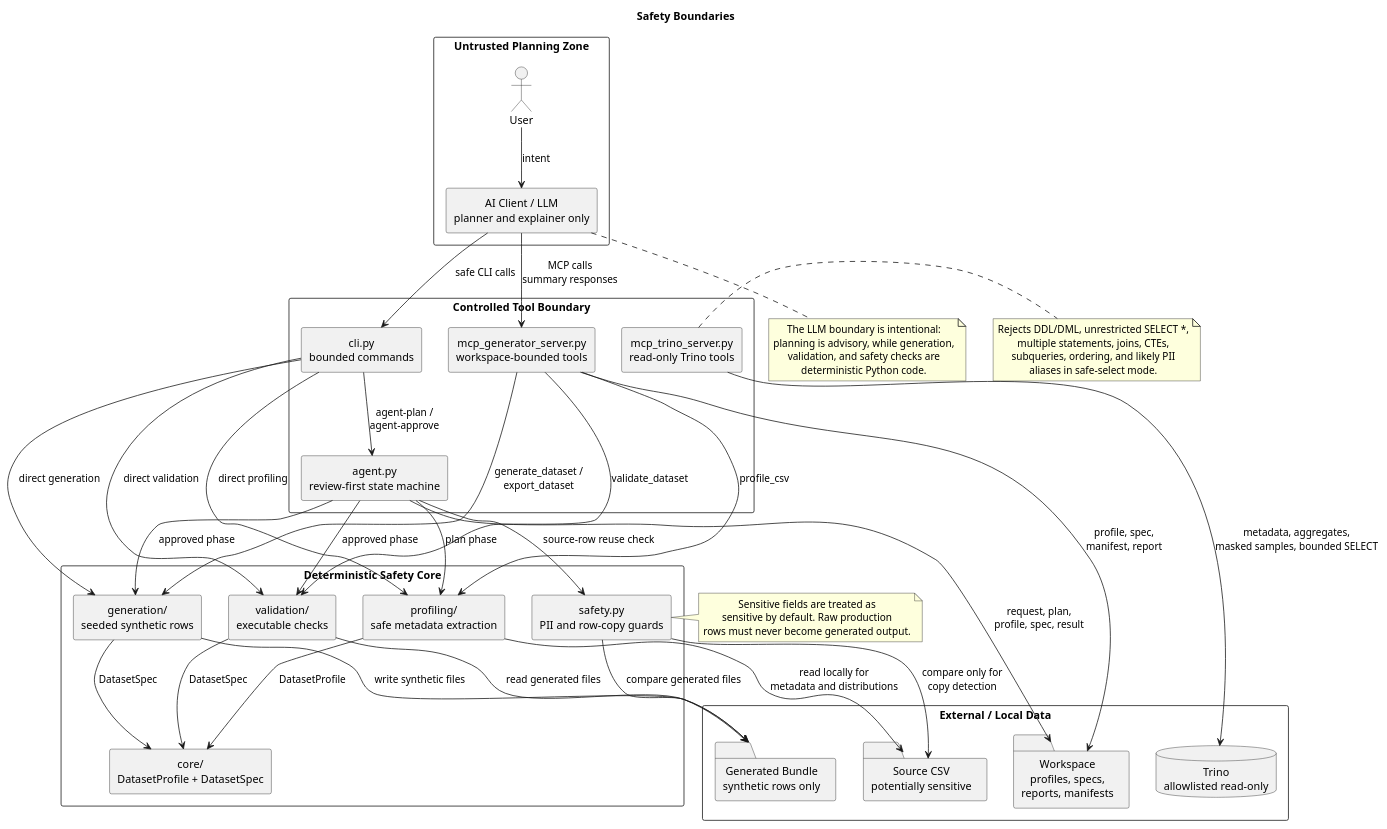
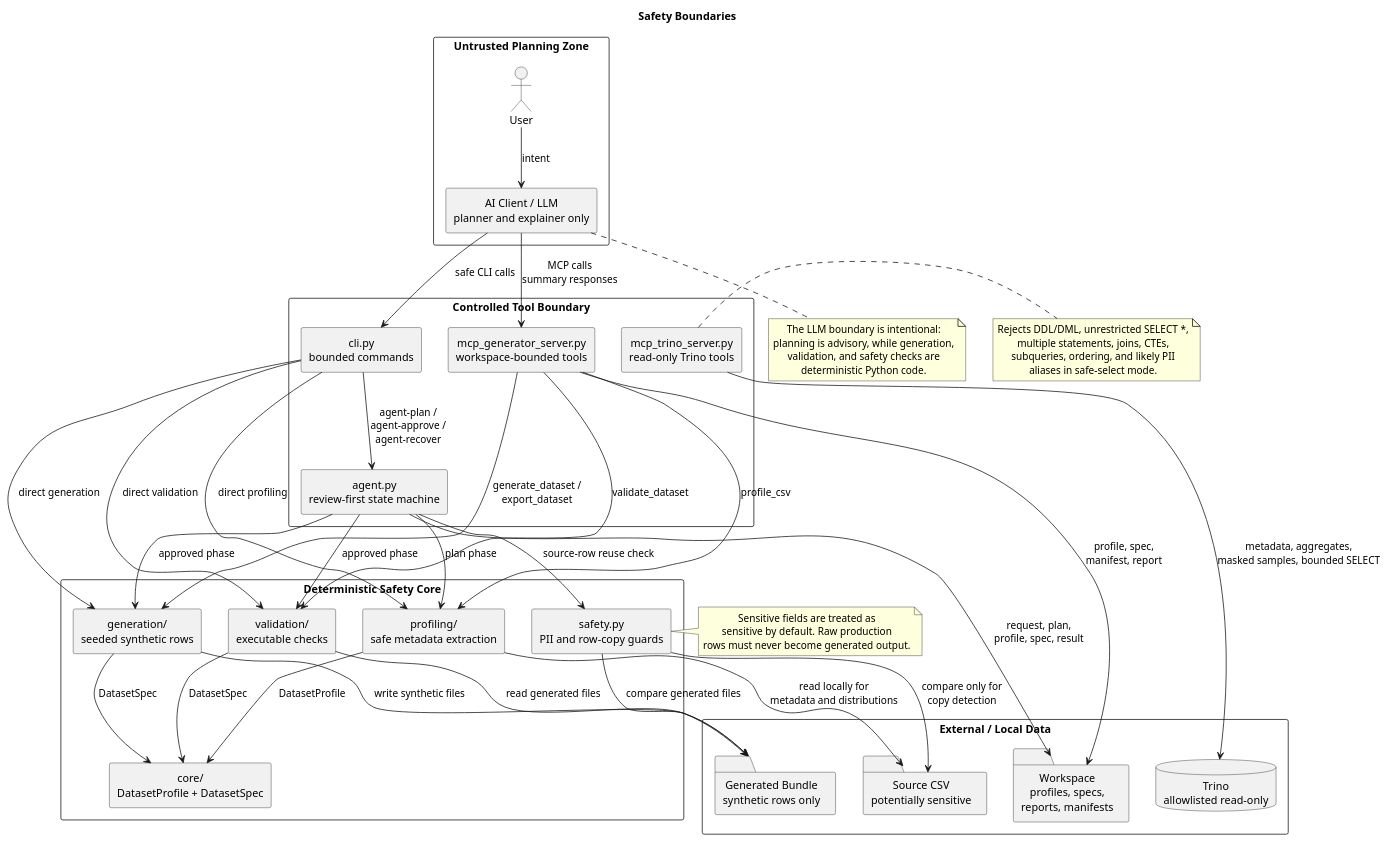
Before and after one commit to wa-pis/agent-paranoid-android: the diagram in docs/architecture_safety_boundaries.puml, drawn with PlantUML. The commit also changed 23 other files, not shown here.

First line of the commit message:
feat(agent): recover interrupted approvals

```diff
--- a/docs/architecture_safety_boundaries.puml
+++ b/docs/architecture_safety_boundaries.puml
@@ -1,82 +1,82 @@
 @startuml
 title Safety Boundaries
 
 skinparam shadowing false
 skinparam componentStyle rectangle
 skinparam packageStyle rectangle
 skinparam defaultTextAlignment center
 
 package "Untrusted Planning Zone" {
   actor "User" as User
   component "AI Client / LLM\nplanner and explainer only" as Llm
 }
 
 package "Controlled Tool Boundary" {
   component "cli.py\nbounded commands" as Cli
   component "agent.py\nreview-first state machine" as Agent
   component "mcp_generator_server.py\nworkspace-bounded tools" as GeneratorMcp
   component "mcp_trino_server.py\nread-only Trino tools" as TrinoMcp
 }
 
 package "Deterministic Safety Core" {
   component "profiling/\nsafe metadata extraction" as Profiling
   component "generation/\nseeded synthetic rows" as Generation
   component "validation/\nexecutable checks" as Validation
   component "safety.py\nPII and row-copy guards" as Safety
   component "core/\nDatasetProfile + DatasetSpec" as CoreModels
 }
 
 package "External / Local Data" {
   database "Trino\nallowlisted read-only" as Trino
   folder "Source CSV\npotentially sensitive" as SourceCsv
   folder "Workspace\nprofiles, specs,\nreports, manifests" as Workspace
   folder "Generated Bundle\nsynthetic rows only" as Output
 }
 
 User --> Llm : intent
 Llm --> Cli : safe CLI calls
 Llm --> GeneratorMcp : MCP calls\nsummary responses
-Cli --> Agent : agent-plan /\nagent-approve
+Cli --> Agent : agent-plan /\nagent-approve /\nagent-recover
 Cli --> Profiling : direct profiling
 Cli --> Generation : direct generation
 Cli --> Validation : direct validation
 Agent --> Profiling : plan phase
 Agent --> Generation : approved phase
 Agent --> Validation : approved phase
 Agent --> Safety : source-row reuse check
 GeneratorMcp --> Profiling : profile_csv
 GeneratorMcp --> Generation : generate_dataset /\nexport_dataset
 GeneratorMcp --> Validation : validate_dataset
 TrinoMcp --> Trino : metadata, aggregates,\nmasked samples, bounded SELECT
 Profiling --> SourceCsv : read locally for\nmetadata and distributions
 Profiling --> CoreModels : DatasetProfile
 Generation --> CoreModels : DatasetSpec
 Validation --> CoreModels : DatasetSpec
 Safety --> SourceCsv : compare only for\ncopy detection
 Agent --> Workspace : request, plan,\nprofile, spec, result
 GeneratorMcp --> Workspace : profile, spec,\nmanifest, report
 Generation --> Output : write synthetic files
 Validation --> Output : read generated files
 Safety --> Output : compare generated files
 
 note right of TrinoMcp
 Rejects DDL/DML, unrestricted SELECT *,
 multiple statements, joins, CTEs,
 subqueries, ordering, and likely PII
 aliases in safe-select mode.
 end note
 
 note right of Safety
 Sensitive fields are treated as
 sensitive by default. Raw production
 rows must never become generated output.
 end note
 
 note bottom of Llm
 The LLM boundary is intentional:
 planning is advisory, while generation,
 validation, and safety checks are
 deterministic Python code.
 end note
 
 @enduml
```
